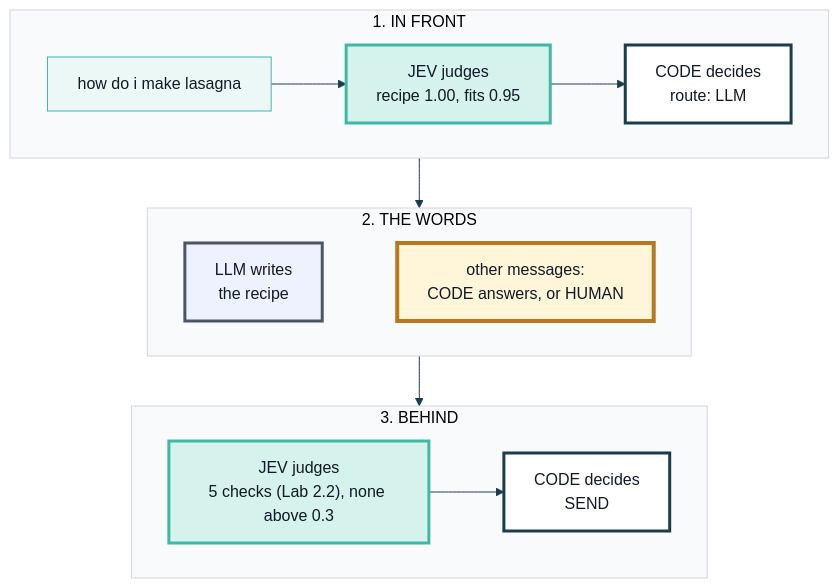
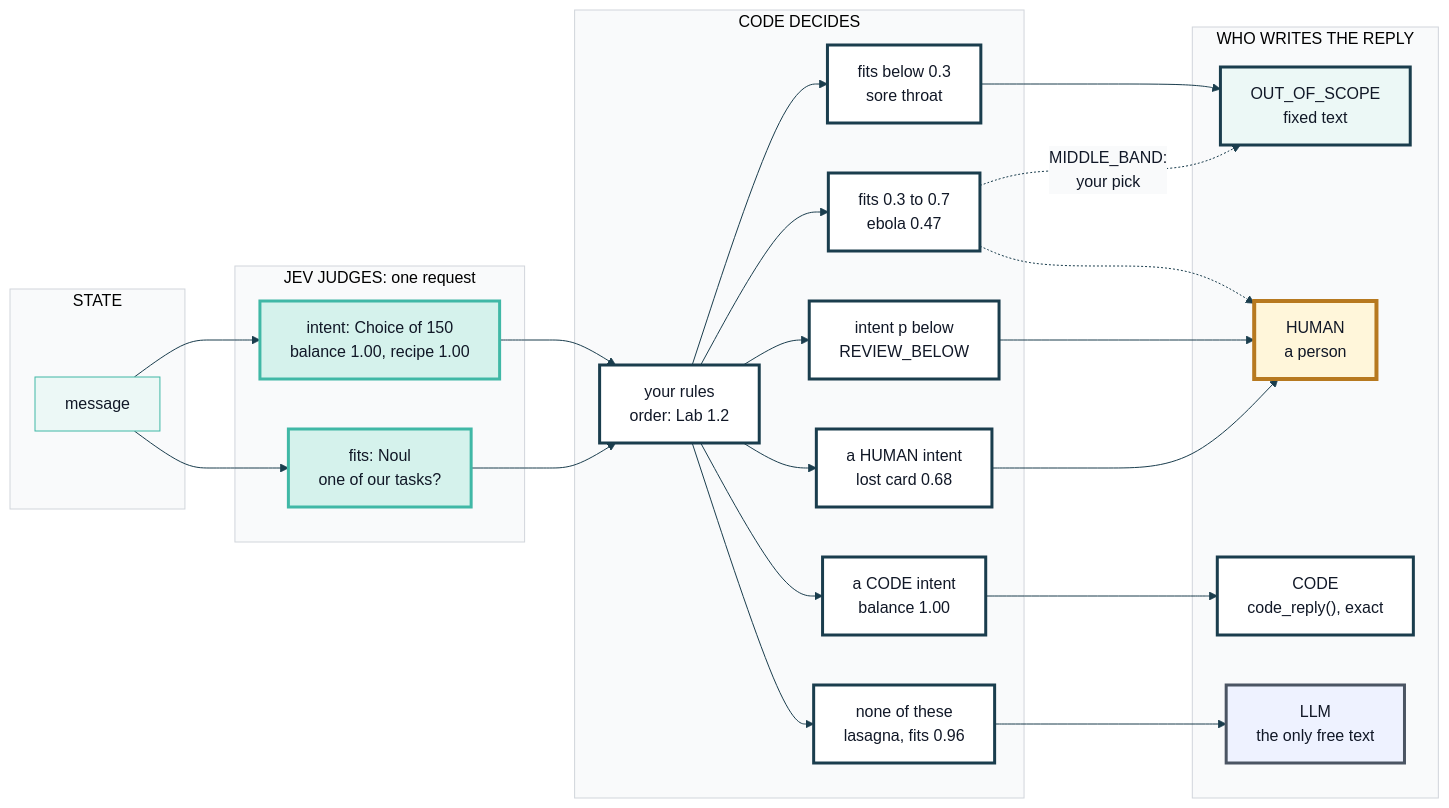
The diagram in course/diagrams/module_04/p1-who-decides-what.mmd (axel-sirota/getting_started_jev), drawn with Mermaid before and after one commit. The commit also changed 29 other files, not shown here.

Commit message:
Module 4: notebooks and diagrams

```diff
--- a/course/diagrams/module_04/p1-who-decides-what.mmd
+++ b/course/diagrams/module_04/p1-who-decides-what.mmd
@@ -1,34 +1,54 @@
 %%{init: {"theme": "base", "themeVariables": {"fontFamily": "Inter, sans-serif", "primaryColor": "#ECF8F6", "primaryBorderColor": "#40B8A6", "primaryTextColor": "#111827", "lineColor": "#1A3D4D", "secondaryColor": "#F9FAFB", "tertiaryColor": "#FFFFFF", "clusterBkg": "#F9FAFB", "clusterBorder": "#D1D5DB", "actorBkg": "#ECF8F6", "actorBorder": "#40B8A6", "noteBkgColor": "#FFF6DA", "noteBorderColor": "#E0B84C"}}}%%
-flowchart TB
-  subgraph FRONT["1. IN FRONT"]
-    direction LR
-    M["how do i make lasagna"]
-    J1["JEV judges<br/>recipe 1.00, fits 0.95"]
-    C1["CODE decides<br/>route: LLM"]
-    M --> J1 --> C1
+flowchart LR
+  subgraph ST["STATE"]
+    M["message"]
   end
-  subgraph WRITE["2. THE WORDS"]
-    direction LR
-    L["LLM writes<br/>the recipe"]
-    X["other messages:<br/>CODE answers, or HUMAN"]
-    L ~~~ X
+  subgraph JV["JEV JUDGES: one request"]
+    I["intent: Choice of 150<br/>balance 1.00, recipe 1.00"]
+    F["fits: Noul<br/>one of our tasks?"]
   end
-  subgraph BEHIND["3. BEHIND"]
-    direction LR
-    J2["JEV judges<br/>5 checks (Lab 2.2), none above 0.3"]
-    C2["CODE decides<br/>SEND"]
-    J2 --> C2
+  subgraph CD["CODE DECIDES"]
+    H["your rules<br/>order: Lab 1.2"]
+    R1["fits below 0.3<br/>sore throat"]
+    R2["fits 0.3 to 0.7<br/>ebola 0.47"]
+    R3["intent p below<br/>REVIEW_BELOW"]
+    R4["a HUMAN intent<br/>lost card 0.68"]
+    R5["a CODE intent<br/>balance 1.00"]
+    R6["none of these<br/>lasagna, fits 0.96"]
   end
-  FRONT --> WRITE --> BEHIND
+  subgraph WR["WHO WRITES THE REPLY"]
+    W1["OUT_OF_SCOPE<br/>fixed text"]
+    W2["HUMAN<br/>a person"]
+    W3["CODE<br/>code_reply(), exact"]
+    W4["LLM<br/>the only free text"]
+  end
+  M --> I
+  M --> F
+  I --> H
+  F --> H
+  H --> R1
+  H --> R2
+  H --> R3
+  H --> R4
+  H --> R5
+  H --> R6
+  R1 --> W1
+  R2 -. "MIDDLE_BAND:<br/>your pick" .-> W1
+  R2 -.-> W2
+  R3 --> W2
+  R4 --> W2
+  R5 --> W3
+  R6 --> W4
 
   classDef fail fill:#FDECEA,stroke:#B42318,stroke-width:4px
   classDef changed fill:#D5F2EC,stroke:#1A3D4D,stroke-width:4px
   classDef ok fill:#ECF8F6,stroke:#1A3D4D,stroke-width:3px
   classDef human fill:#FFF6DA,stroke:#B7791F,stroke-width:4px
   classDef jev fill:#D5F2EC,stroke:#40B8A6,stroke-width:3px
   classDef code fill:#FFFFFF,stroke:#1A3D4D,stroke-width:3px
   classDef llm fill:#EEF2FF,stroke:#4B5563,stroke-width:3px
-  class J1,J2 jev
-  class C1,C2 code
-  class L llm
-  class X human
+  class I,F jev
+  class H,R1,R2,R3,R4,R5,R6,W3 code
+  class W1 ok
+  class W2 human
+  class W4 llm
```
